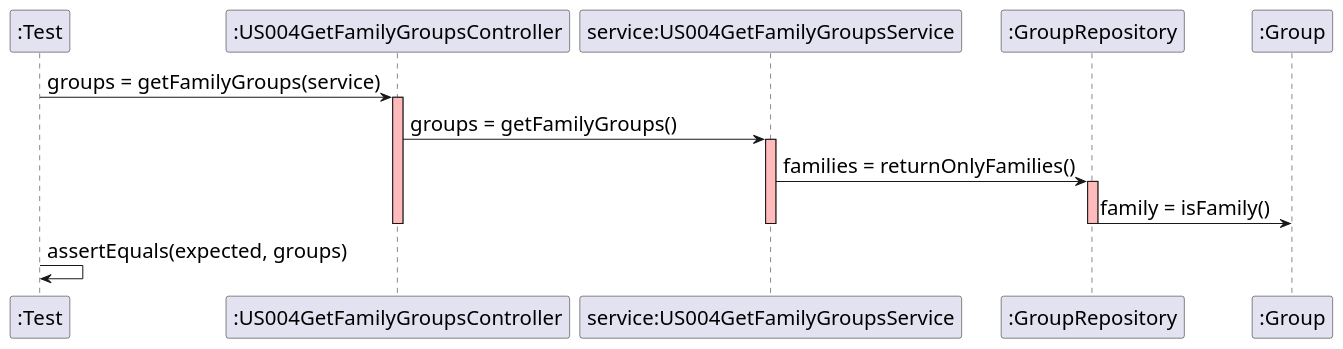
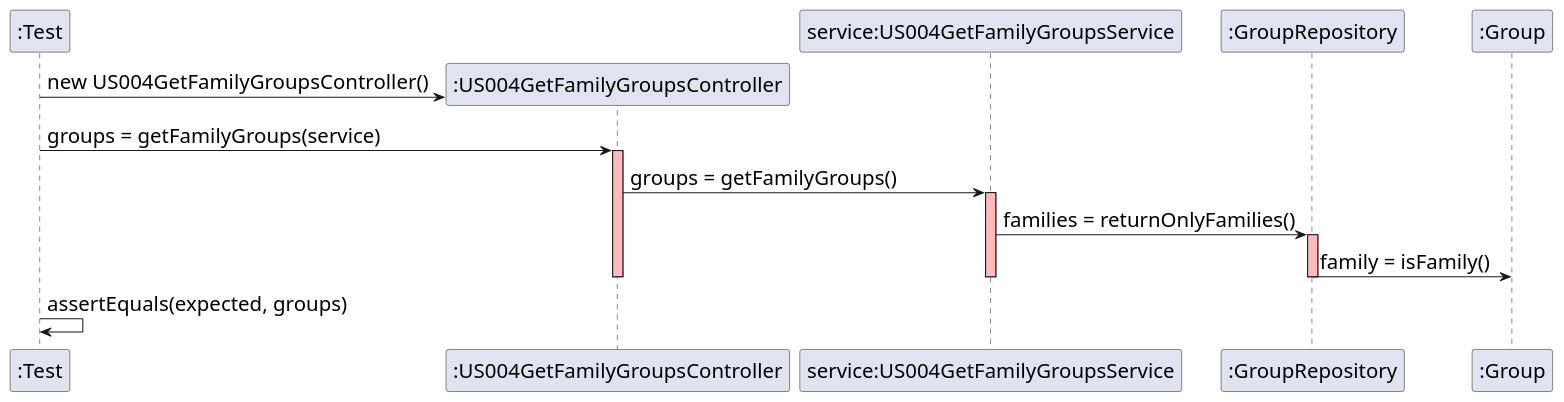
One commit to mleitaoribeiro/DevOpsMaven changed the diagram in src/main/java/switch2019/project/controllers/US004GetFamilyGroupsController.puml. Above: the diagram before and after it, drawn with PlantUML.

Commit message:
fix #643 update on SD for US004

```diff
--- a/src/main/java/switch2019/project/controllers/US004GetFamilyGroupsController.puml
+++ b/src/main/java/switch2019/project/controllers/US004GetFamilyGroupsController.puml
@@ -1,27 +1,28 @@
 @startuml
 skinparam DefaultFontSize 20
 participant ":Test"
-participant ":US004GetFamilyGroupsController"
+create ":US004GetFamilyGroupsController"
 
+":Test" -> ":US004GetFamilyGroupsController" : new US004GetFamilyGroupsController()
 ":Test" -> ":US004GetFamilyGroupsController" : groups = getFamilyGroups(service)
 activate ":US004GetFamilyGroupsController" #FFBBBB
 
 participant "service:US004GetFamilyGroupsService"
 ":US004GetFamilyGroupsController" -> "service:US004GetFamilyGroupsService" : groups = getFamilyGroups()
 activate "service:US004GetFamilyGroupsService" #FFBBBB
 
 participant ":GroupRepository"
 "service:US004GetFamilyGroupsService" -> ":GroupRepository" : families = returnOnlyFamilies()
 activate ":GroupRepository" #FFBBBB
 
 participant ":Group"
 ":GroupRepository" -> ":Group" : family = isFamily()
 deactivate ":US004GetFamilyGroupsController"
 deactivate "service:US004GetFamilyGroupsService"
 deactivate ":GroupRepository"
 
 
 ":Test" -> ":Test" : assertEquals(expected, groups)
 
 
 @enduml
```
